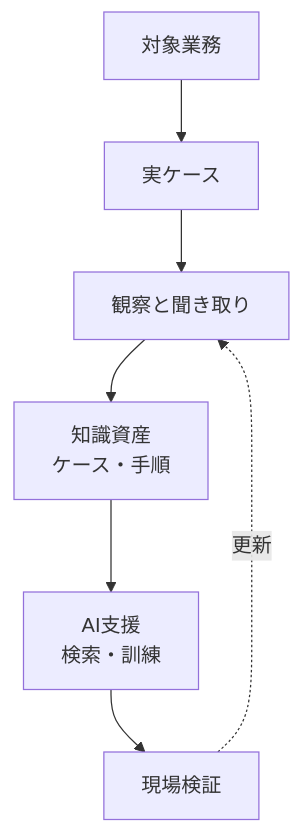
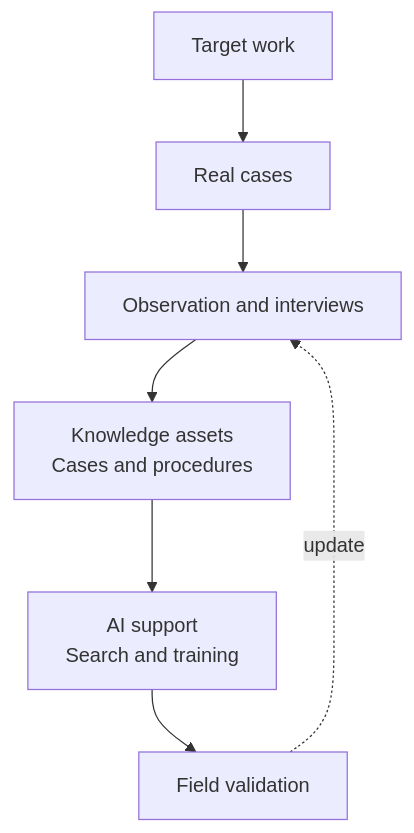
Before and after one commit to daylight55/research: the third of 3 diagrams in content/blog/en/tacit-knowledge-business-theory.mdx, drawn with Mermaid. The commit also changed other lines of this file and 26 other files, not shown here.

Commit message:
Translate English Mermaid labels

````diff
--- a/content/blog/en/tacit-knowledge-business-theory.mdx
+++ b/content/blog/en/tacit-knowledge-business-theory.mdx
@@ -144,9 +144,9 @@
 ```mermaid
 flowchart TD
-  P["対象業務"] --> C["実ケース"]
-  C --> A["観察と聞き取り"]
-  A --> K["知識資産<br/>ケース・手順"]
-  K --> AI["AI支援<br/>検索・訓練"]
-  AI --> V["現場検証"]
-  V -. 更新 .-> A
+  P["Target work"] --> C["Real cases"]
+  C --> A["Observation and interviews"]
+  A --> K["Knowledge assets<br/>Cases and procedures"]
+  K --> AI["AI support<br/>Search and training"]
+  AI --> V["Field validation"]
+  V -. update .-> A
 ```
````
